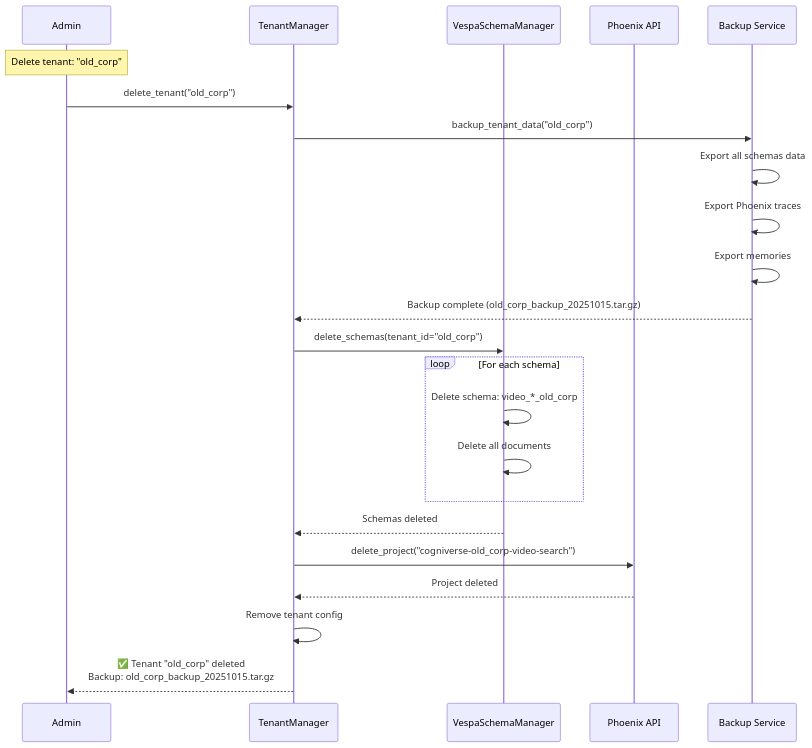
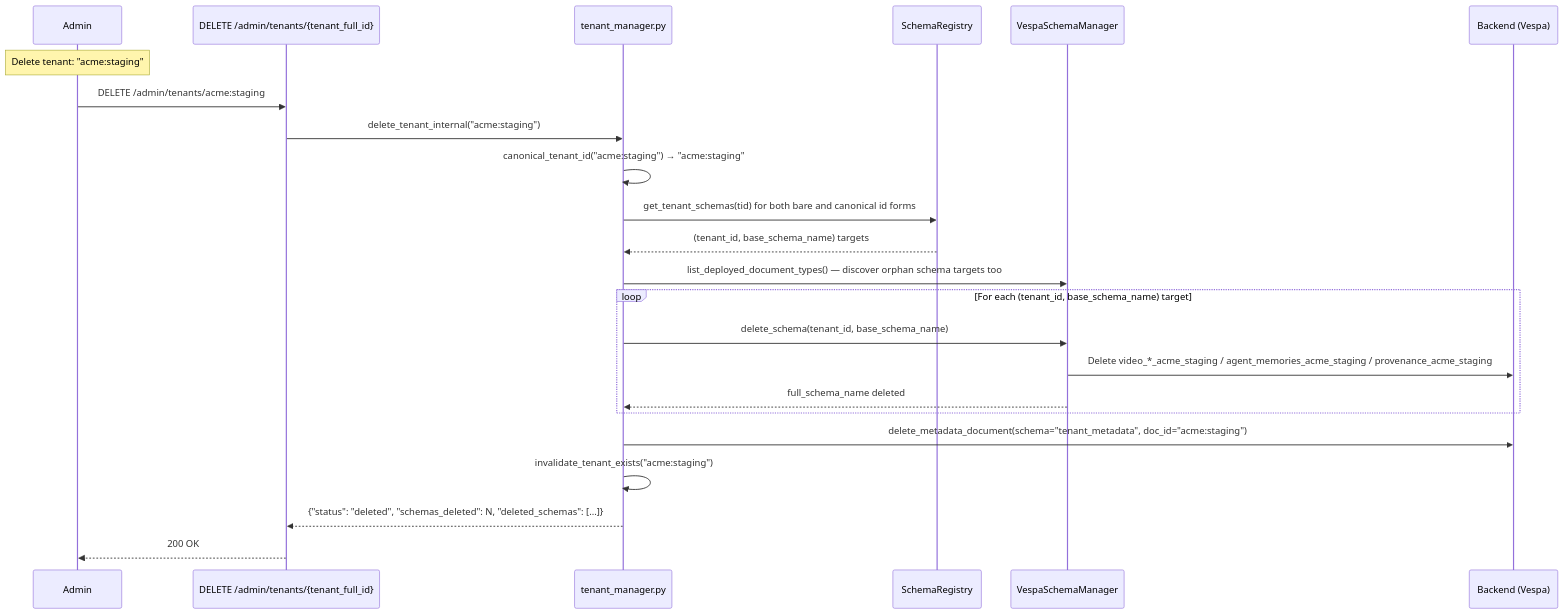
One commit to amit-jain/cogniverse changed diagram 18 of 21 in docs/diagrams/multi-tenant-diagrams.md. Above: the diagram before and after it, drawn with Mermaid. The commit also changed other lines of this file and 50 other files, not shown here.

First line of the commit message:
Complete and verify docs against code with mermaid palette

````diff
--- a/docs/diagrams/multi-tenant-diagrams.md
+++ b/docs/diagrams/multi-tenant-diagrams.md
@@ -808,32 +833,30 @@
 ```mermaid
 sequenceDiagram
     participant Admin as Admin
-    participant TenantMgr as TenantManager
+    participant API as DELETE /admin/tenants/{tenant_full_id}
+    participant TenantMgr as tenant_manager.py
+    participant Registry as SchemaRegistry
     participant SchemaManager as VespaSchemaManager
-    participant Phoenix as Phoenix API
-    participant Backup as Backup Service
+    participant Backend as Backend (Vespa)
 
-    Note over Admin: Delete tenant: "old_corp"
+    Note over Admin: Delete tenant: "acme:staging"
 
-    Admin->>TenantMgr: delete_tenant("old_corp")
+    Admin->>API: DELETE /admin/tenants/acme:staging
+    API->>TenantMgr: delete_tenant_internal("acme:staging")
+    TenantMgr->>TenantMgr: canonical_tenant_id("acme:staging") → "acme:staging"
+    TenantMgr->>Registry: get_tenant_schemas(tid) for both bare and canonical id forms
+    Registry-->>TenantMgr: (tenant_id, base_schema_name) targets
+    TenantMgr->>SchemaManager: list_deployed_document_types() — discover orphan schema targets too
 
-    TenantMgr->>Backup: backup_tenant_data("old_corp")
-    Backup->>Backup: Export all schemas data
-    Backup->>Backup: Export Phoenix traces
-    Backup->>Backup: Export memories
-    Backup-->>TenantMgr: Backup complete (old_corp_backup_20251015.tar.gz)
+    loop For each (tenant_id, base_schema_name) target
+        TenantMgr->>SchemaManager: delete_schema(tenant_id, base_schema_name)
+        SchemaManager->>Backend: Delete video_*_acme_staging / agent_memories_acme_staging / provenance_acme_staging
+        SchemaManager-->>TenantMgr: full_schema_name deleted
+    end
 
-    TenantMgr->>SchemaManager: delete_schemas(tenant_id="old_corp")
-    loop For each schema
-        SchemaManager->>SchemaManager: Delete schema: video_*_old_corp
-        SchemaManager->>SchemaManager: Delete all documents
-    end
-    SchemaManager-->>TenantMgr: Schemas deleted
+    TenantMgr->>Backend: delete_metadata_document(schema="tenant_metadata", doc_id="acme:staging")
+    TenantMgr->>TenantMgr: invalidate_tenant_exists("acme:staging")
 
-    TenantMgr->>Phoenix: delete_project("cogniverse-old_corp-video-search")
-    Phoenix-->>TenantMgr: Project deleted
-
-    TenantMgr->>TenantMgr: Remove tenant config
-
-    TenantMgr-->>Admin: ✅ Tenant "old_corp" deleted<br/>Backup: old_corp_backup_20251015.tar.gz
+    TenantMgr-->>API: {"status": "deleted", "schemas_deleted": N, "deleted_schemas": [...]}
+    API-->>Admin: 200 OK
 ```
````
